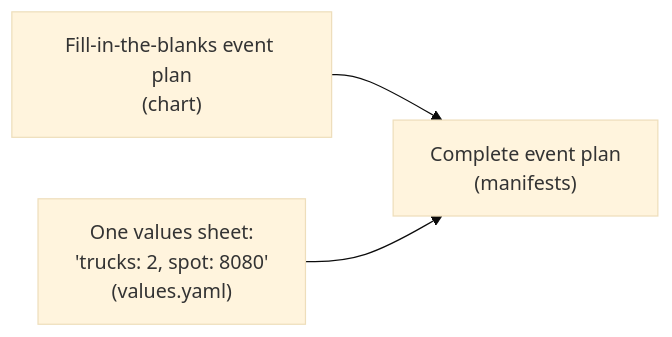
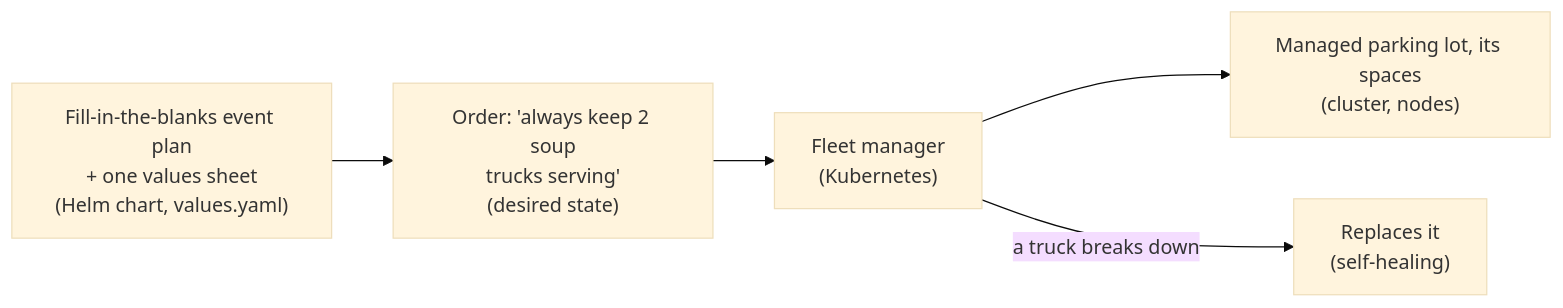
Before and after one commit to Bende-KBB/devops-lab: the eighth of 9 diagrams in docs/explanation/analogy.md, drawn with Mermaid (base theme). The commit also changed other lines of this file and 8 other files, not shown here.

````diff
--- a/docs/explanation/analogy.md
+++ b/docs/explanation/analogy.md
@@ -111,5 +111,7 @@
 ```mermaid
 flowchart LR
-    FORM["Fill-in-the-blanks event plan<br/>(chart)"] --> PLAN["Complete event plan<br/>(manifests)"]
-    VAL["One values sheet:<br/>'trucks: 2, spot: 8080'<br/>(values.yaml)"] --> PLAN
+    ORD["Order: 'always keep 2 soup<br/>trucks serving'<br/>(desired state)"] --> FM["Fleet manager<br/>(Kubernetes)"]
+    FM --> LOT["Managed parking lot, its spaces<br/>(cluster, nodes)"]
+    FM -->|"a truck breaks down"| NEW["Replaces it<br/>(self-healing)"]
+    FORM["Fill-in-the-blanks event plan<br/>+ one values sheet<br/>(Helm chart, values.yaml)"] --> ORD
 ```
````
